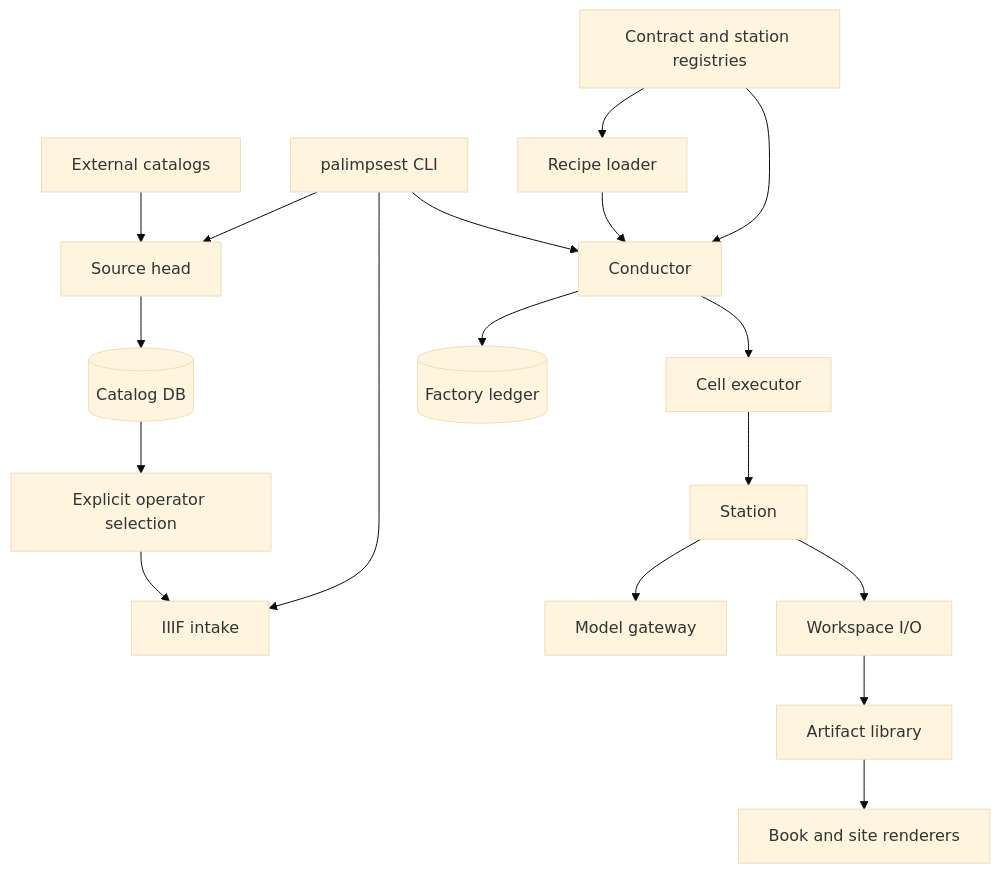
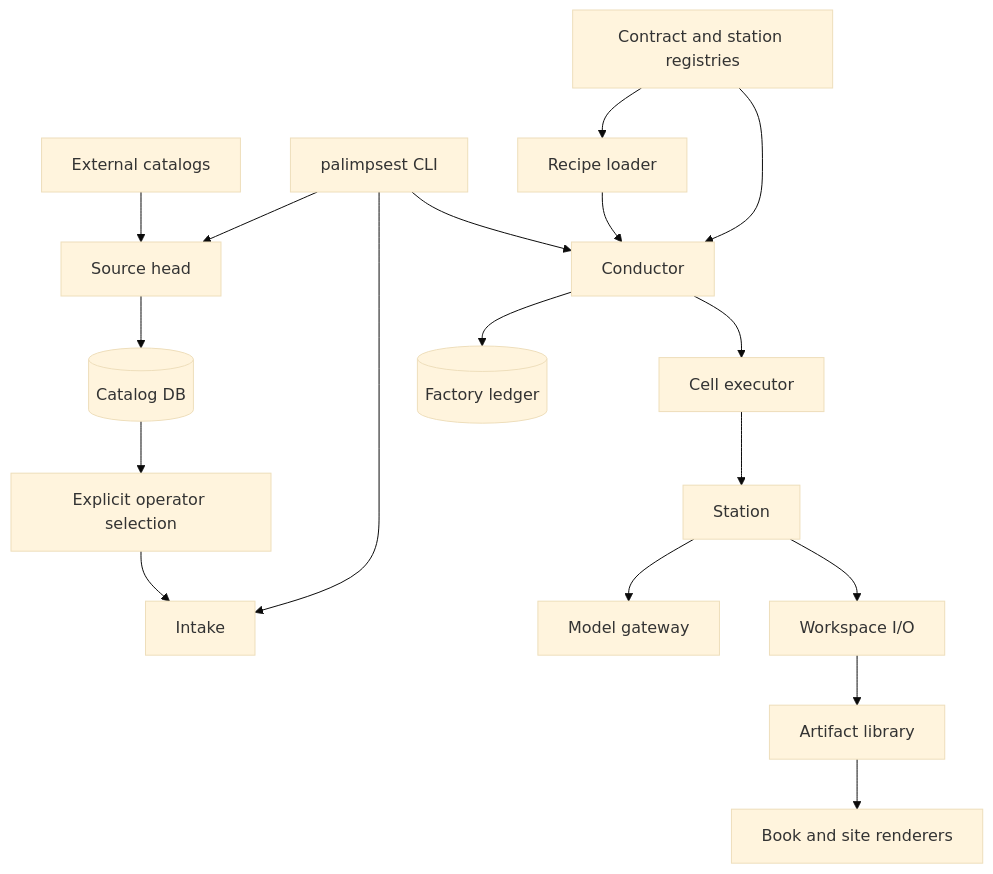
One commit to Dexin-Huang/palimpsest changed the diagram in README.md. Above: the diagram before and after it, drawn with Mermaid (base theme). The commit also changed other lines of this file and 6 other files, not shown here.

````diff
--- a/README.md
+++ b/README.md
@@ -23,20 +23,20 @@
 ```mermaid
 flowchart TB
     source[External catalogs] --> head[Source head]
     head --> catalog[(Catalog DB)]
     cli[palimpsest CLI] --> head
     catalog --> selection[Explicit operator selection]
-    selection --> intake[IIIF intake]
+    selection --> intake[Intake]
     cli --> intake
     cli --> conductor[Conductor]
     recipe[Recipe loader] --> conductor
     registry[Contract and station registries] --> recipe
     registry --> conductor
     conductor --> executor[Cell executor]
     executor --> station[Station]
     station --> gateway[Model gateway]
     station --> workspace[Workspace I/O]
     conductor --> ledger[(Factory ledger)]
     workspace --> library[Artifact library]
     library --> publication[Book and site renderers]
 ```
````
